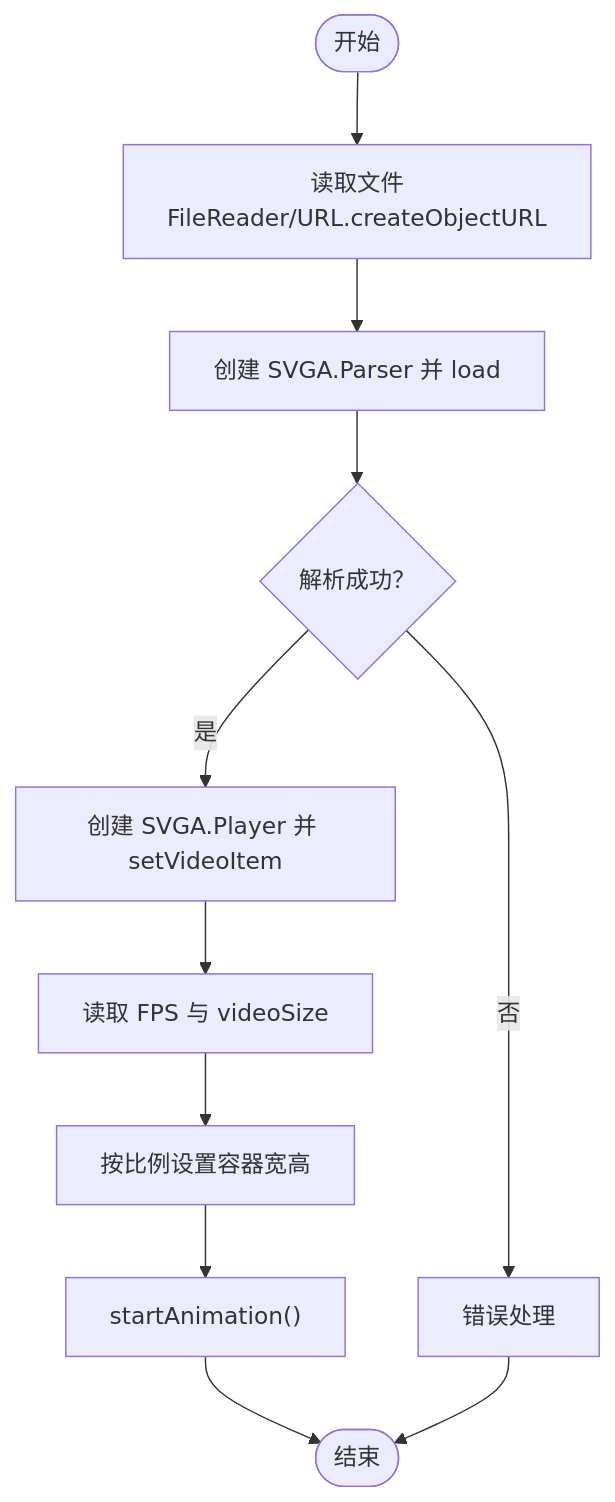
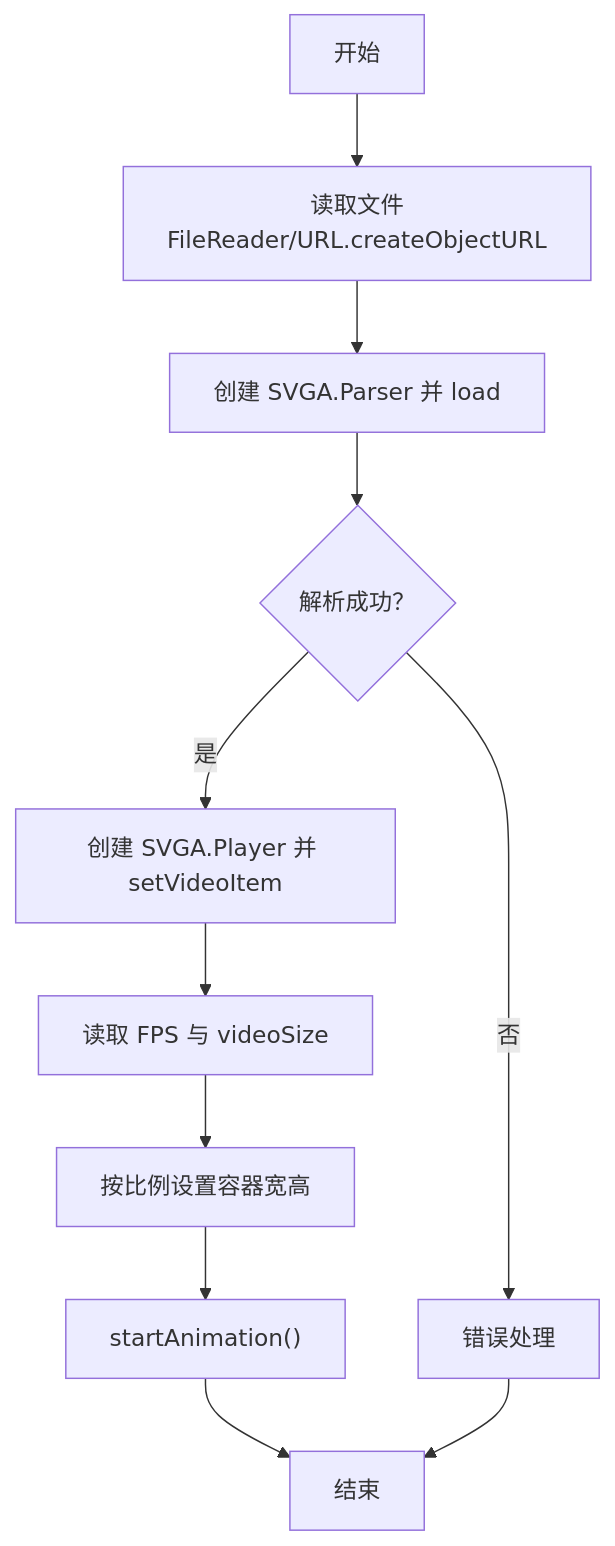
The fourth of 8 diagrams in .qoder/repowiki/zh/content/核心功能/SVGA动画预览.md (vincentline/svga.preview), drawn with Mermaid before and after one commit. The commit also changed other lines of this file and 11 other files, not shown here.

````diff
--- a/.qoder/repowiki/zh/content/核心功能/SVGA动画预览.md
+++ b/.qoder/repowiki/zh/content/核心功能/SVGA动画预览.md
@@ -274,13 +270,13 @@
 ```mermaid
 flowchart TD
-Start(["开始"]) --> Load["读取文件<br/>FileReader/URL.createObjectURL"]
+Start["开始"] --> Load["读取文件<br/>FileReader/URL.createObjectURL"]
 Load --> Parser["创建 SVGA.Parser 并 load"]
 Parser --> ParseDone{"解析成功？"}
 ParseDone --> |否| Error["错误处理"]
 ParseDone --> |是| SetPlayer["创建 SVGA.Player 并 setVideoItem"]
 SetPlayer --> Meta["读取 FPS 与 videoSize"]
 Meta --> Resize["按比例设置容器宽高"]
 Resize --> Play["startAnimation()"]
-Play --> End(["结束"])
+Play --> End["结束"]
 Error --> End
 ```
````
